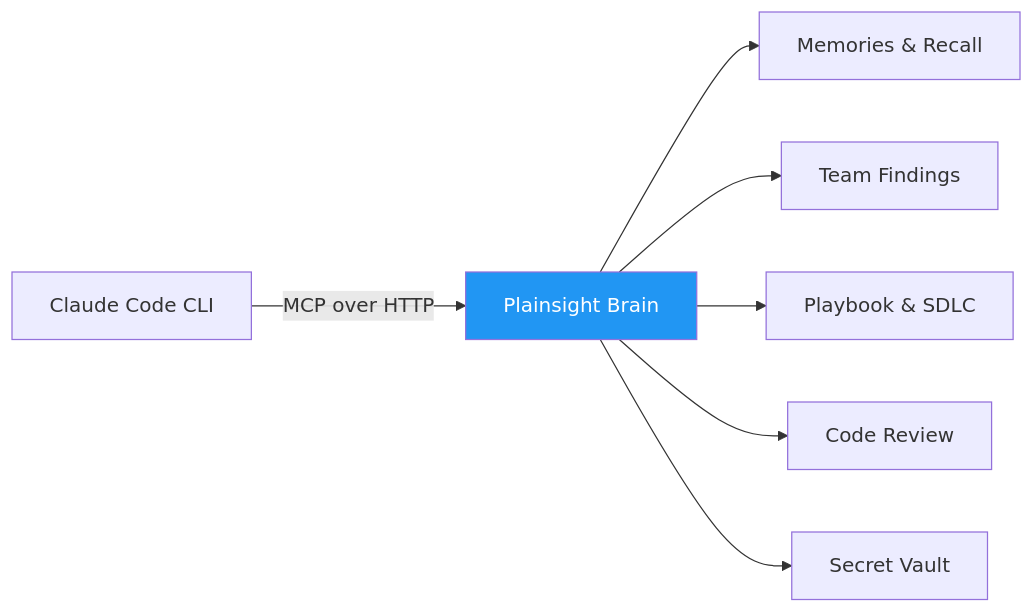
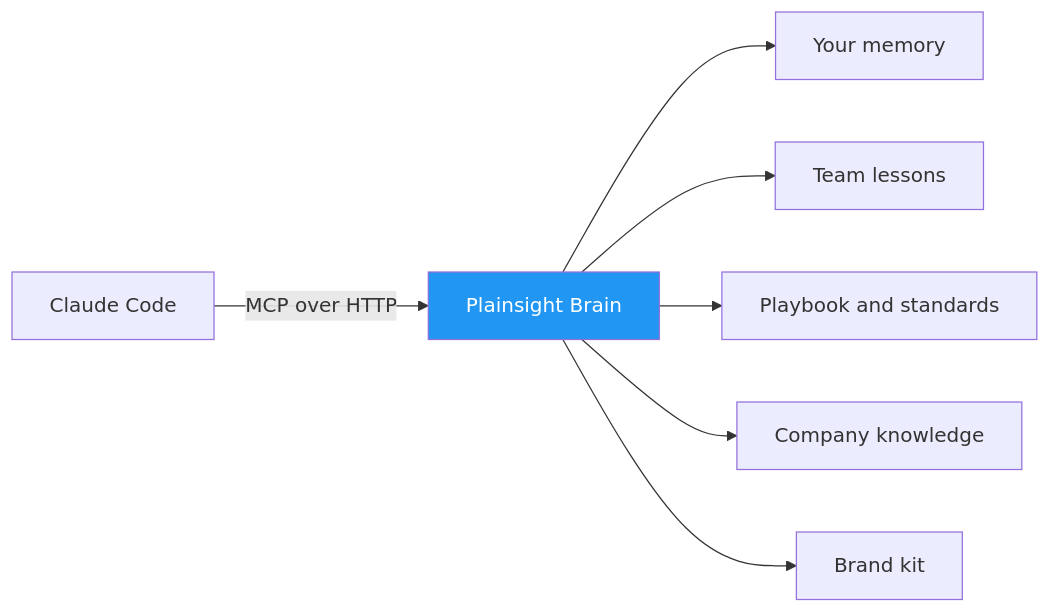
The first of 2 diagrams in docs/technical-guidelines/plainsight-ai/agentic-development/plainsight-brain.md (PlainsightPro/Vision-Playbook), drawn with Mermaid before and after one commit. The commit also changed other lines of this file and 1 other file, not shown here.

First line of the commit message:
Refresh Claude Code Brain guide and cross-link with AI-native page (#64)

````diff
--- a/docs/technical-guidelines/plainsight-ai/agentic-development/plainsight-brain.md
+++ b/docs/technical-guidelines/plainsight-ai/agentic-development/plainsight-brain.md
@@ -12,11 +15,11 @@
 ```mermaid
 %%{init: { "flowchart": { "useMaxWidth": true } } }%%
 flowchart LR
-    A[Claude Code CLI] -->|MCP over HTTP| B[Plainsight Brain]
-    B --> C[Memories & Recall]
-    B --> D[Team Findings]
-    B --> E[Playbook & SDLC]
-    B --> F[Code Review]
-    B --> G[Secret Vault]
+    A[Claude Code] -->|MCP over HTTP| B[Plainsight Brain]
+    B --> C[Your memory]
+    B --> D[Team lessons]
+    B --> E[Playbook and standards]
+    B --> F[Company knowledge]
+    B --> G[Brand kit]
     style B fill:#2196F3,color:#fff
 ```
````
